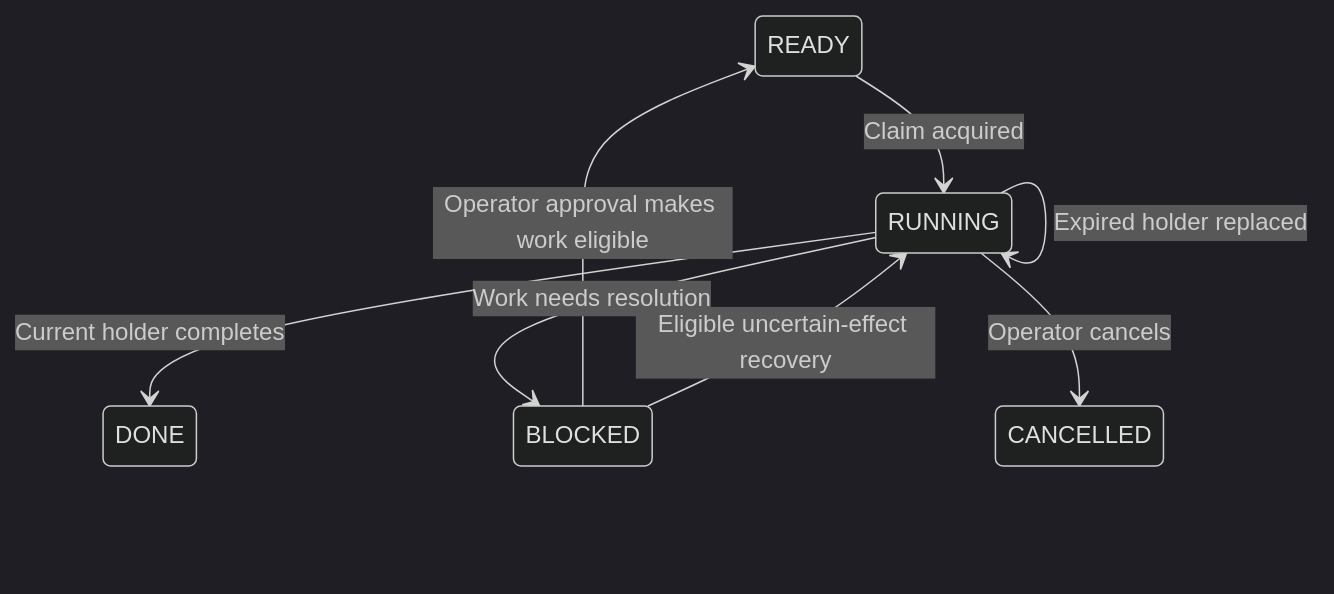
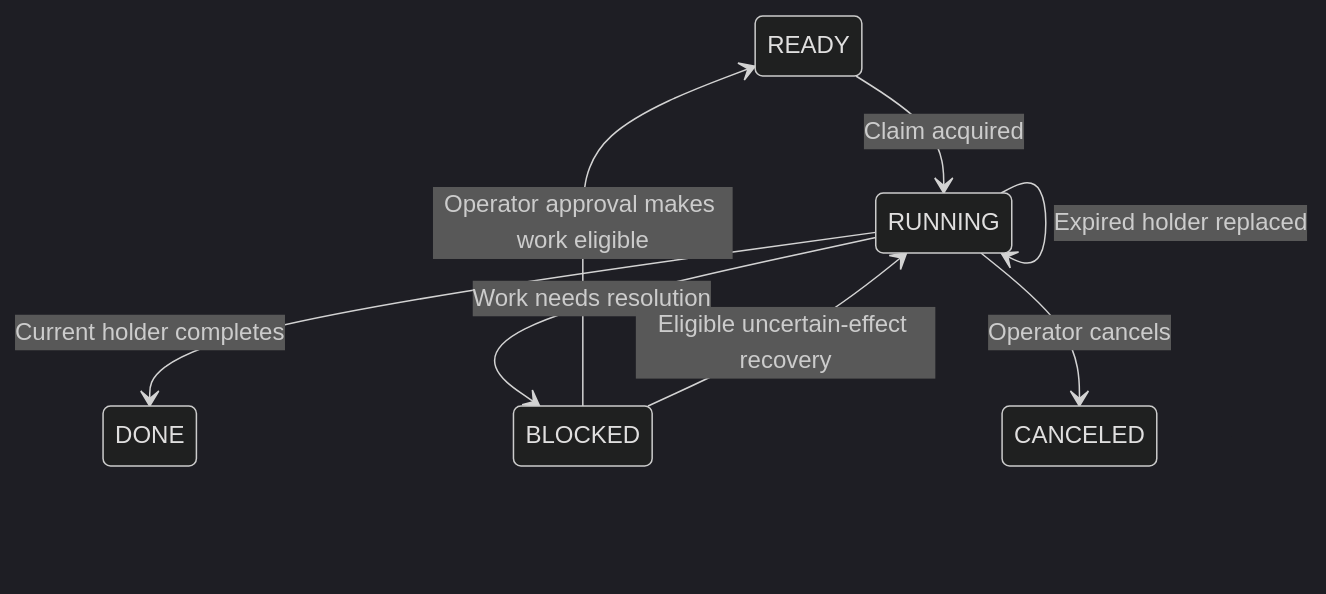
Before and after one commit to profrodai/sovereign-agent: the first of 3 diagrams in book/textbook/ch12/profrod-sovereign-agent-ch12-worker-recovery-chapter.md, drawn with Mermaid (dark theme). The commit also changed other lines of this file and 343 other files, not shown here.

````diff
--- a/book/textbook/ch12/profrod-sovereign-agent-ch12-worker-recovery-chapter.md
+++ b/book/textbook/ch12/profrod-sovereign-agent-ch12-worker-recovery-chapter.md
@@ -178,10 +178,10 @@
 ```mermaid
 stateDiagram-v2
     READY --> RUNNING: Claim acquired
     RUNNING --> RUNNING: Expired holder replaced
     RUNNING --> DONE: Current holder completes
     RUNNING --> BLOCKED: Work needs resolution
     BLOCKED --> READY: Operator approval makes work eligible
     BLOCKED --> RUNNING: Eligible uncertain-effect recovery
-    RUNNING --> CANCELLED: Operator cancels
+    RUNNING --> CANCELED: Operator cancels
 ```
````
